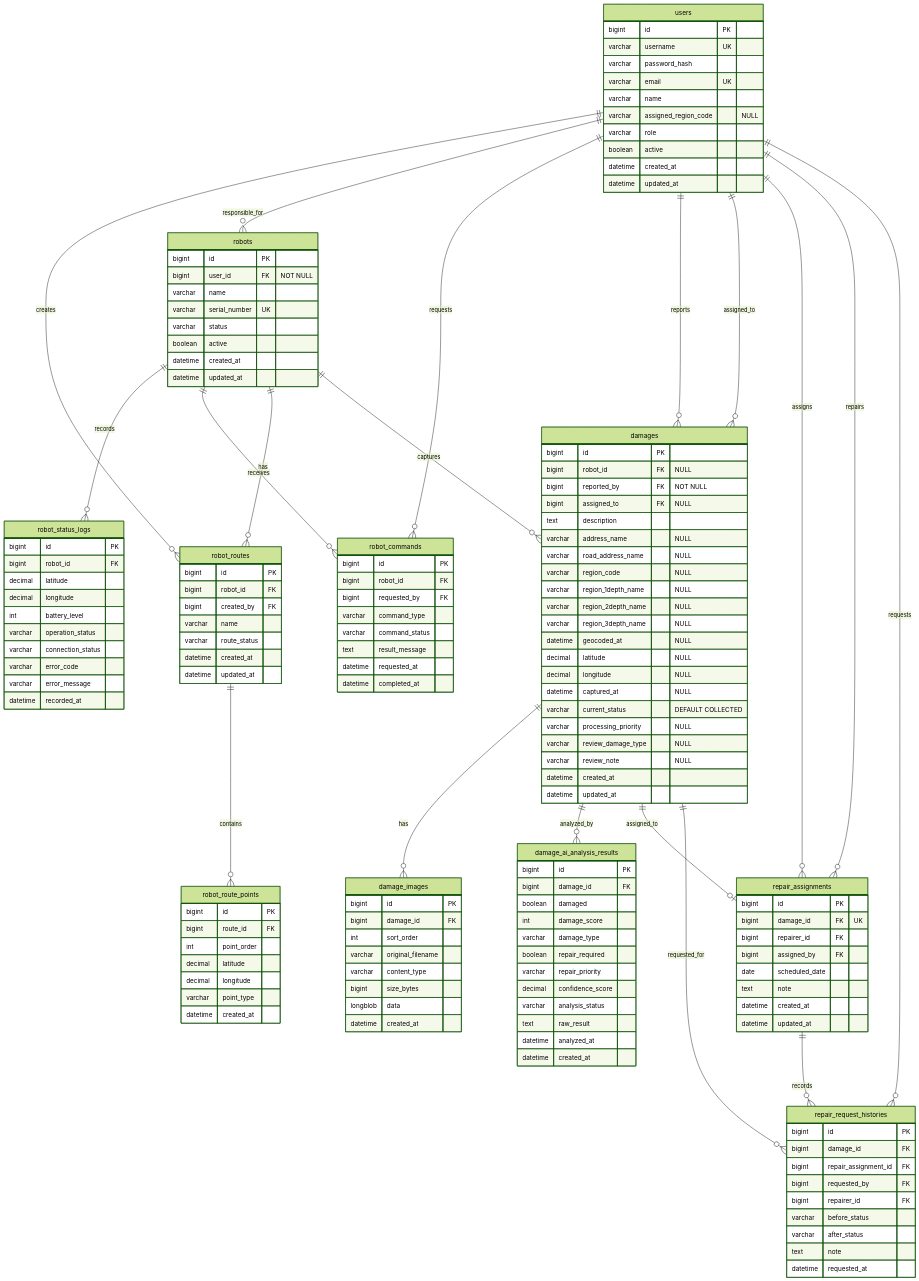
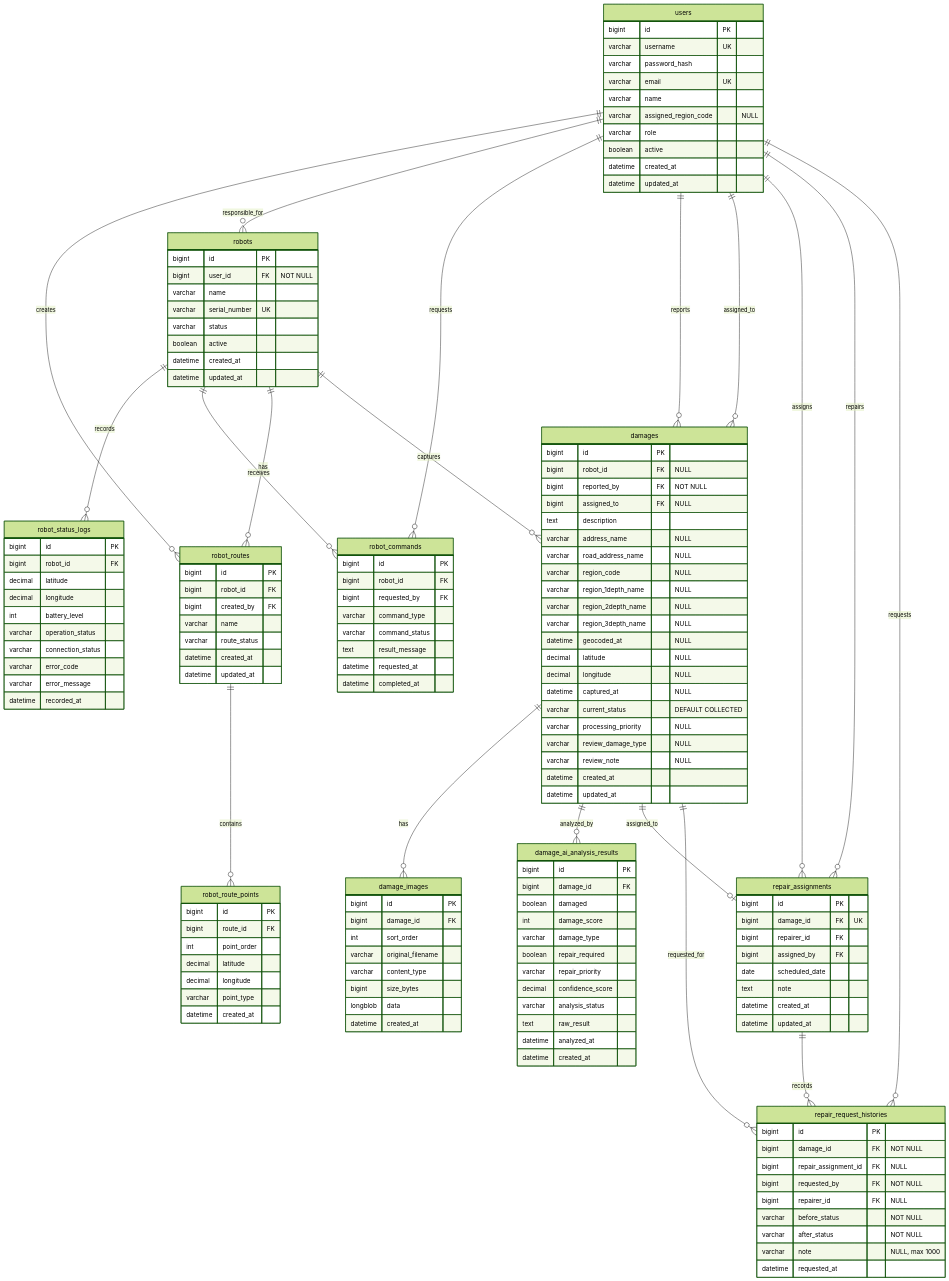
Before and after one commit to kky107102/Roady: the diagram in Roady_BE/docs/erd.md, drawn with Mermaid (forest theme). The commit also changed other lines of this file, not shown here.

Commit message:
docs: update damage repair request ERD

```diff
--- a/Roady_BE/docs/erd.md
+++ b/Roady_BE/docs/erd.md
@@ -178,13 +178,13 @@
 
     repair_request_histories {
         bigint id PK
-        bigint damage_id FK
-        bigint repair_assignment_id FK
-        bigint requested_by FK
-        bigint repairer_id FK
-        varchar before_status
-        varchar after_status
-        text note
+        bigint damage_id FK "NOT NULL"
+        bigint repair_assignment_id FK "NULL"
+        bigint requested_by FK "NOT NULL"
+        bigint repairer_id FK "NULL"
+        varchar before_status "NOT NULL"
+        varchar after_status "NOT NULL"
+        varchar note "NULL, max 1000"
         datetime requested_at
     }
 
```
